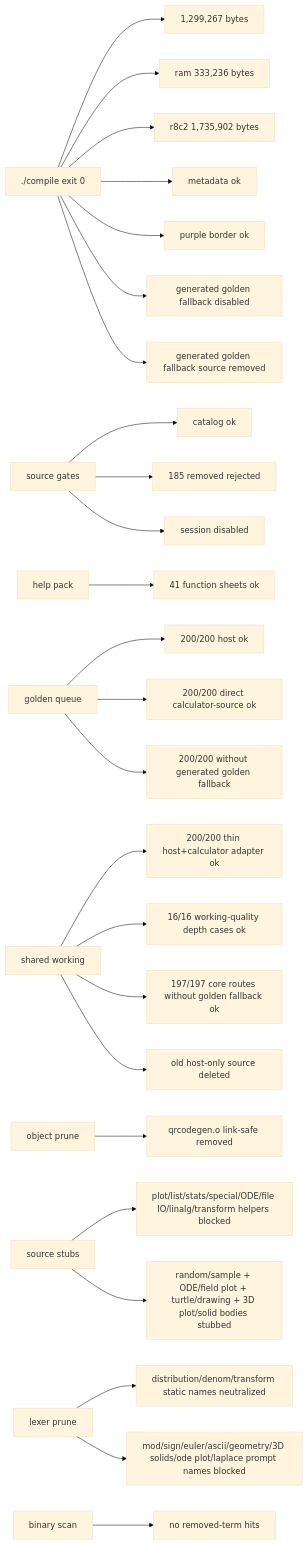
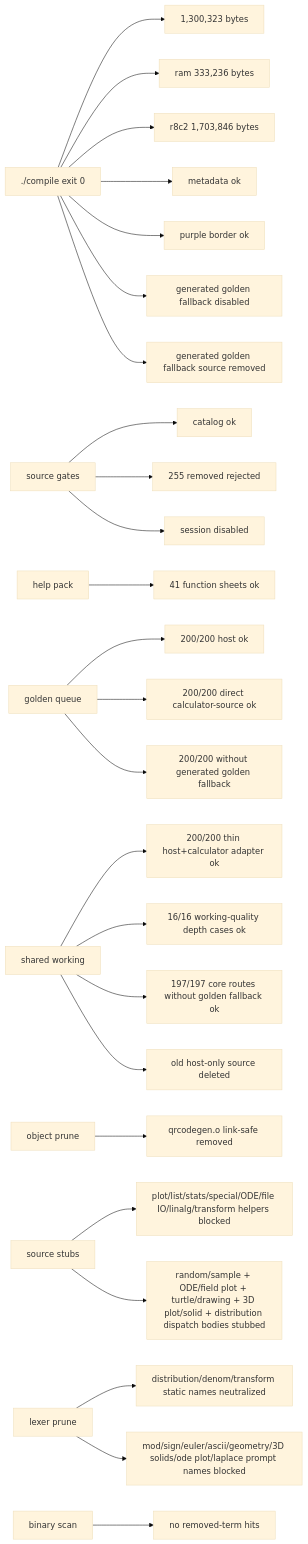
Before and after one commit to james8464/notes-addin-casio-fx-cg50: the seventh of 7 diagrams in docs/GRAPH.md, drawn with Mermaid (base theme). The commit also changed other lines of this file and 6 other files, not shown here.

Commit message:
prune: disable distribution dispatch paths

````diff
--- a/docs/GRAPH.md
+++ b/docs/GRAPH.md
@@ -162,27 +166,27 @@
 ```mermaid
 graph LR
-  Build["./compile exit 0"] --> Size["1,299,267 bytes"]
+  Build["./compile exit 0"] --> Size["1,300,323 bytes"]
   Build --> Ram["ram 333,236 bytes"]
-  Build --> R8C2["r8c2 1,735,902 bytes"]
+  Build --> R8C2["r8c2 1,703,846 bytes"]
   Build --> Meta["metadata ok"]
   Build --> Border["purple border ok"]
   Build --> NoRuntimeFallback["generated golden fallback disabled"]
   Build --> NoRuntimeSource["generated golden fallback source removed"]
   Source["source gates"] --> Catalog["catalog ok"]
-  Source --> Removed["185 removed rejected"]
+  Source --> Removed["255 removed rejected"]
   Source --> Session["session disabled"]
   Help["help pack"] --> HelpQ["41 function sheets ok"]
   Queue["golden queue"] --> QueueRun["200/200 host ok"]
   Queue --> GoldenRun["200/200 direct calculator-source ok"]
   Queue --> NoGolden["200/200 without generated golden fallback"]
   Shared["shared working"] --> SharedRun["200/200 thin host+calculator adapter ok"]
   Shared --> WorkQ["16/16 working-quality depth cases ok"]
   Shared --> CoreRun["197/197 core routes without golden fallback ok"]
   Shared --> NoHostSrc["old host-only source deleted"]
   Obj["object prune"] --> QR["qrcodegen.o link-safe removed"]
   Macro["source stubs"] --> Stubbed["plot/list/stats/special/ODE/file IO/linalg/transform helpers blocked"]
-  Macro --> RuntimeStubbed["random/sample + ODE/field plot + turtle/drawing + 3D plot/solid bodies stubbed"]
+  Macro --> RuntimeStubbed["random/sample + ODE/field plot + turtle/drawing + 3D plot/solid + distribution dispatch bodies stubbed"]
   Static["lexer prune"] --> StaticRun["distribution/denom/transform static names neutralized"]
   Static --> PromptRun["mod/sign/euler/ascii/geometry/3D solids/ode plot/laplace prompt names blocked"]
   Bin["binary scan"] --> NoLeak["no removed-term hits"]
 ```
````
